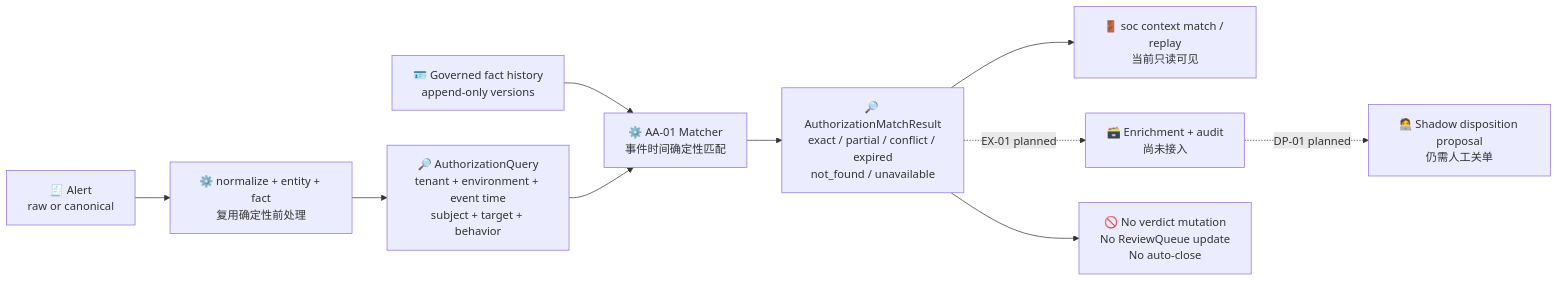
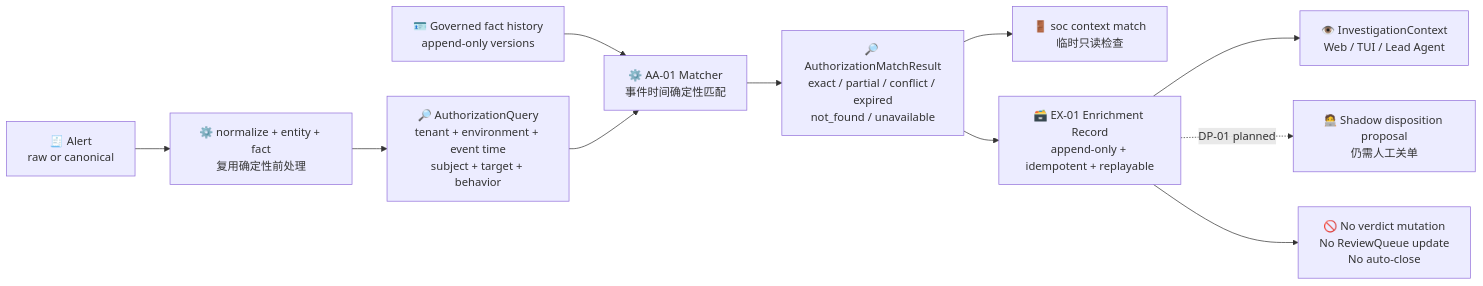
The second of 18 diagrams in .notes/ai_soc/alert-lifecycle-flow.md (yydspanda/deer-flow), drawn with Mermaid before and after one commit. The commit also changed other lines of this file and 32 other files, not shown here.

````diff
--- a/.notes/ai_soc/alert-lifecycle-flow.md
+++ b/.notes/ai_soc/alert-lifecycle-flow.md
@@ -91,12 +92,13 @@
 ```mermaid
 flowchart LR
     A["🧾 Alert<br/>raw or canonical"] --> N["⚙️ normalize + entity + fact<br/>复用确定性前处理"]
     N --> Q["🔎 AuthorizationQuery<br/>tenant + environment + event time<br/>subject + target + behavior"]
     F["🪪 Governed fact history<br/>append-only versions"] --> M["⚙️ AA-01 Matcher<br/>事件时间确定性匹配"]
     Q --> M
     M --> R["🔎 AuthorizationMatchResult<br/>exact / partial / conflict / expired<br/>not_found / unavailable"]
-    R --> C["🚪 soc context match / replay<br/>当前只读可见"]
-    R -. "EX-01 planned" .-> P["🗃️ Enrichment + audit<br/>尚未接入"]
+    R --> C["🚪 soc context match<br/>临时只读检查"]
+    R --> P["🗃️ EX-01 Enrichment Record<br/>append-only + idempotent + replayable"]
+    P --> I["👁️ InvestigationContext<br/>Web / TUI / Lead Agent"]
     P -. "DP-01 planned" .-> D["🧑‍💻 Shadow disposition proposal<br/>仍需人工关单"]
-    R --> X["🚫 No verdict mutation<br/>No ReviewQueue update<br/>No auto-close"]
+    P --> X["🚫 No verdict mutation<br/>No ReviewQueue update<br/>No auto-close"]
 ```
````
